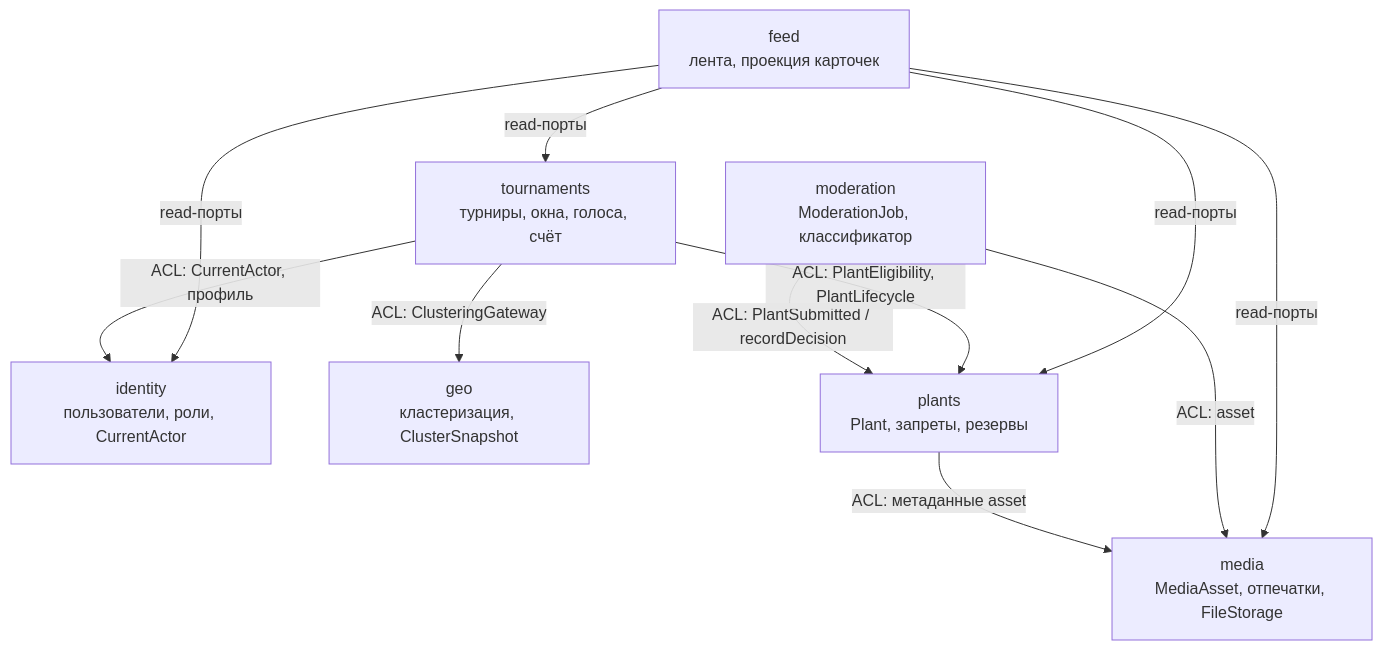
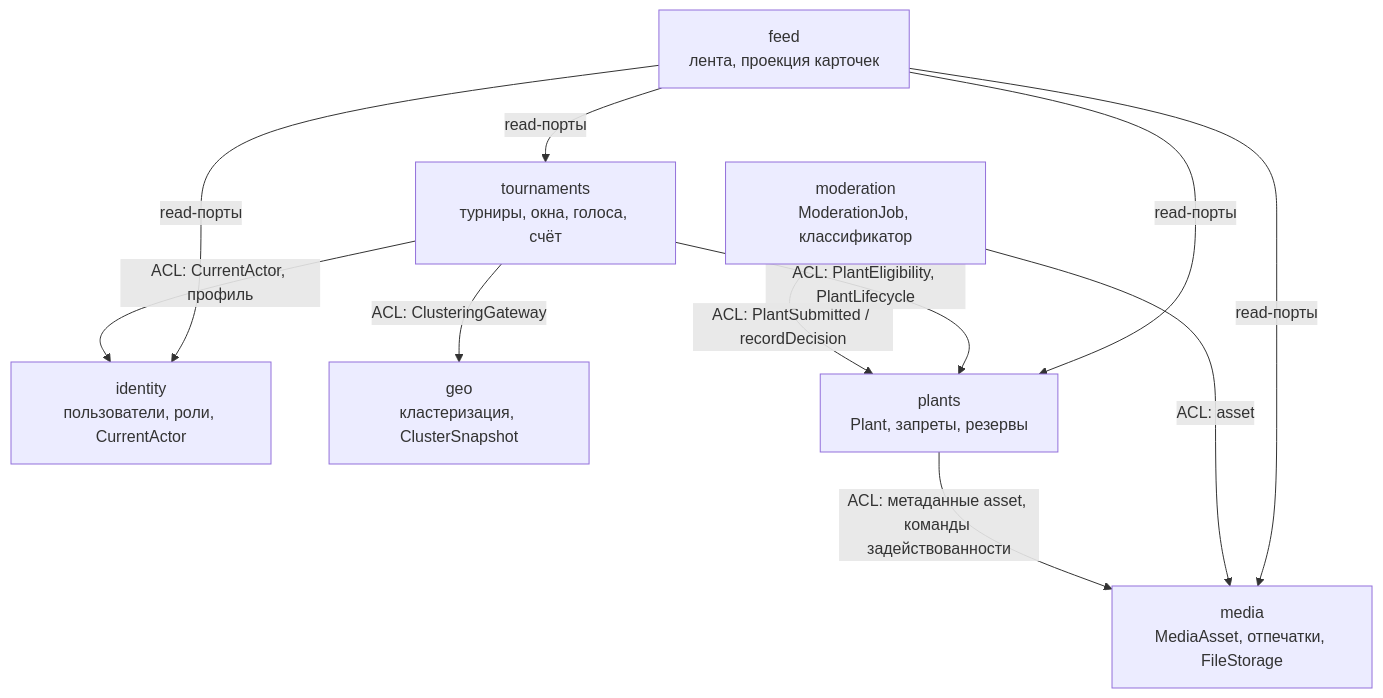
The diagram in docs/domain/context-map.md (PlantBookPro/lab1-monolith), drawn with Mermaid before and after one commit. The commit also changed other lines of this file and 5 other files, not shown here.

````diff
--- a/docs/domain/context-map.md
+++ b/docs/domain/context-map.md
@@ -9,21 +9,21 @@
 ```mermaid
 graph TD
     identity[identity<br/>пользователи, роли, CurrentActor]
     media[media<br/>MediaAsset, отпечатки, FileStorage]
     geo[geo<br/>кластеризация, ClusterSnapshot]
     plants[plants<br/>Plant, запреты, резервы]
     moderation[moderation<br/>ModerationJob, классификатор]
     tournaments[tournaments<br/>турниры, окна, голоса, счёт]
     feed[feed<br/>лента, проекция карточек]
 
-    plants -->|ACL: метаданные asset| media
+    plants -->|ACL: метаданные asset, команды задействованности| media
     moderation -->|ACL: PlantSubmitted / recordDecision| plants
     moderation -->|ACL: asset| media
     tournaments -->|ACL: CurrentActor, профиль| identity
     tournaments -->|ACL: PlantEligibility, PlantLifecycle| plants
     tournaments -->|ACL: ClusteringGateway| geo
     feed -->|read-порты| tournaments
     feed -->|read-порты| plants
     feed -->|read-порты| media
     feed -->|read-порты| identity
 ```
````
